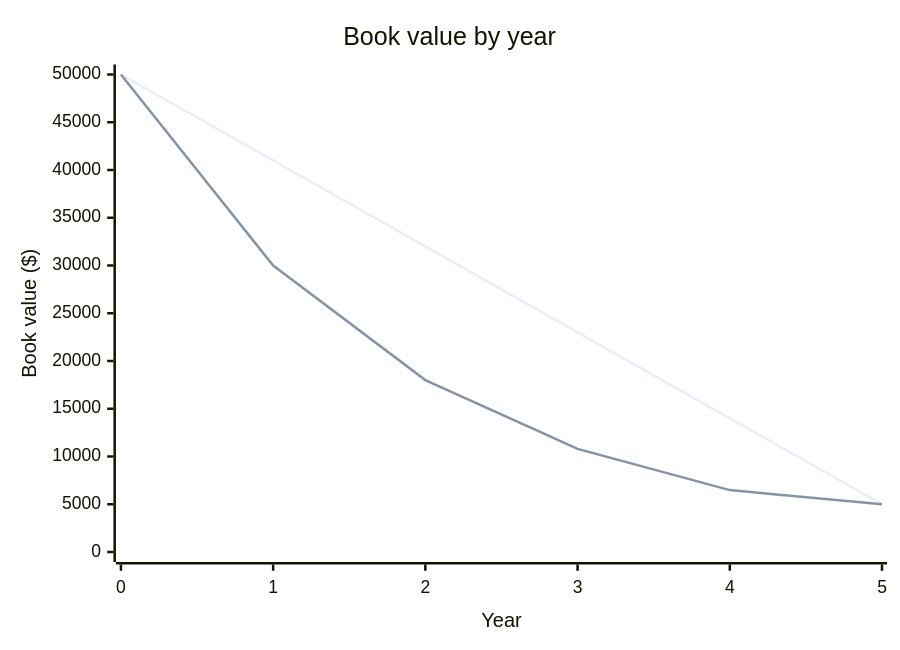
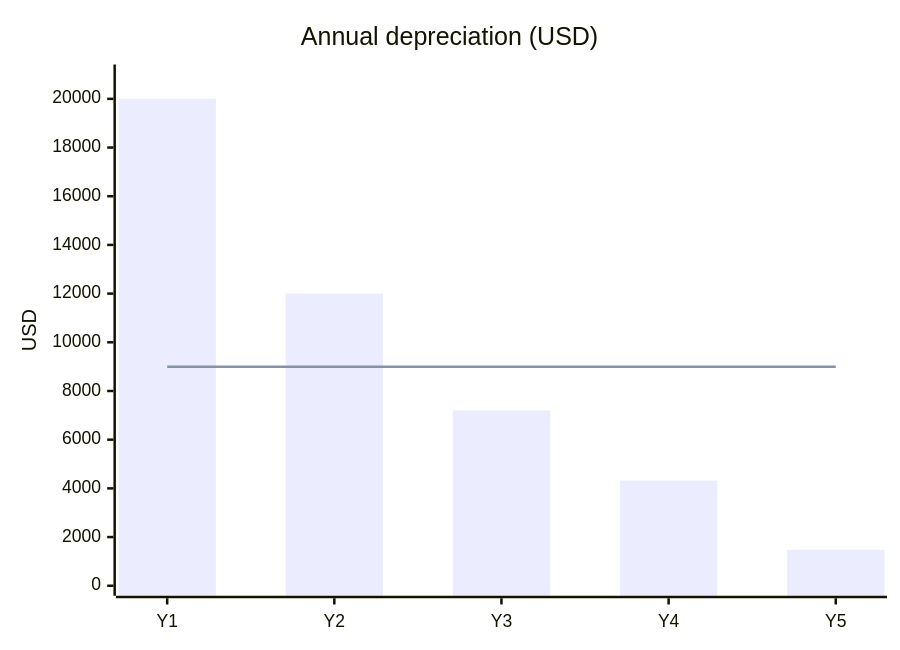
One commit to vrevolverrr/vicher changed the diagram in eval/figure/generated/haiku/a-depreciation.md. Above: the diagram before and after it, drawn with Mermaid. The commit also changed other lines of this file and 145 other files, not shown here.

First line of the commit message:
fix(figure): renderer defects found in the figure rating (#14)

````diff
--- a/eval/figure/generated/haiku/a-depreciation.md
+++ b/eval/figure/generated/haiku/a-depreciation.md
@@ -36,8 +15,8 @@
 ```mermaid
 xychart-beta
-    title "Book value by year"
-    x-axis "Year" [0, 1, 2, 3, 4, 5]
-    y-axis "Book value ($)" 0 --> 50000
-    line "Straight-line" [50000, 41000, 32000, 23000, 14000, 5000]
-    line "DDB" [50000, 30000, 18000, 10800, 6480, 5000]
+    title "Annual depreciation (USD)"
+    x-axis [Y1, Y2, Y3, Y4, Y5]
+    y-axis "USD" 0 --> 21000
+    bar [20000, 12000, 7200, 4320, 1480]
+    line [9000, 9000, 9000, 9000, 9000]
 ```
````
